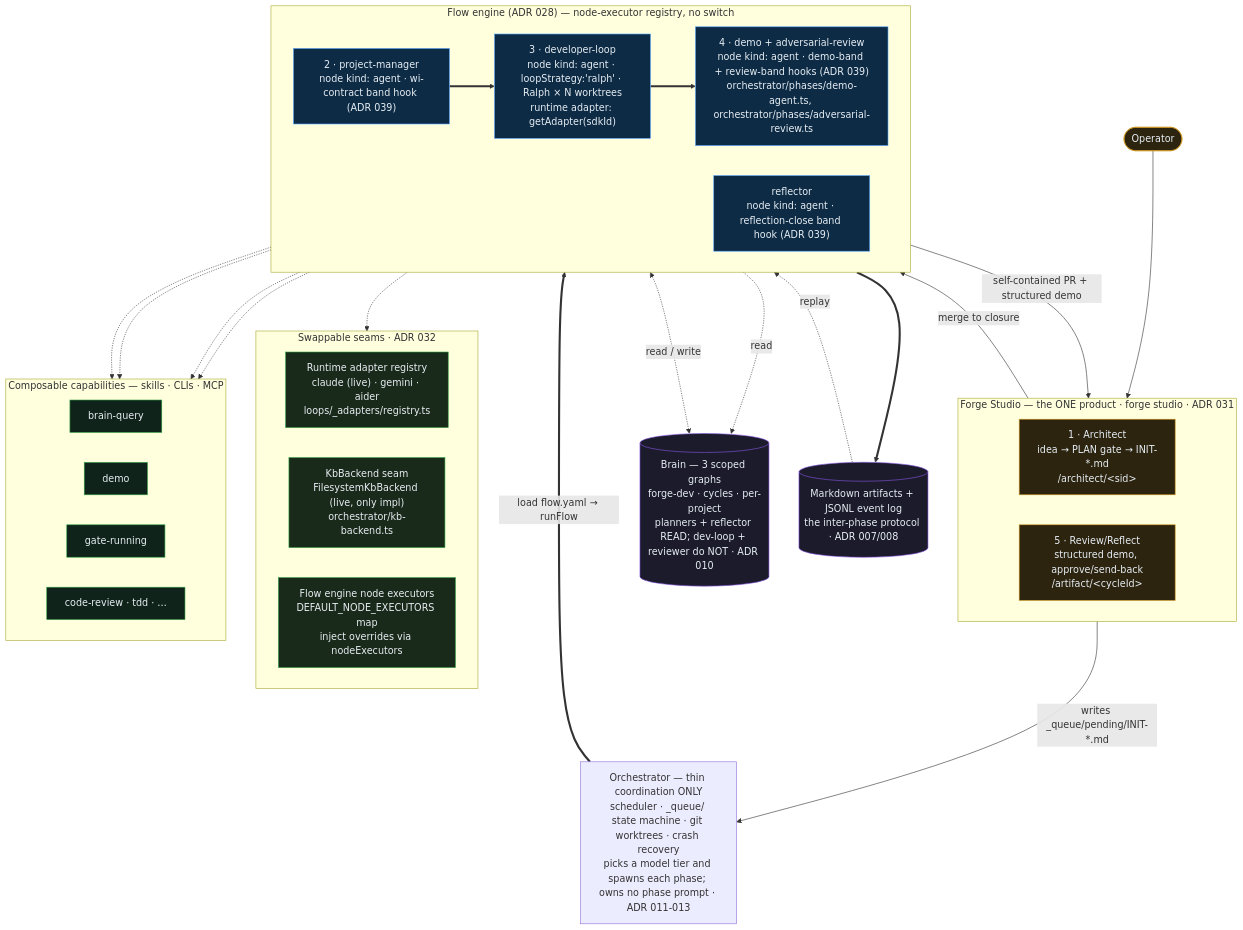
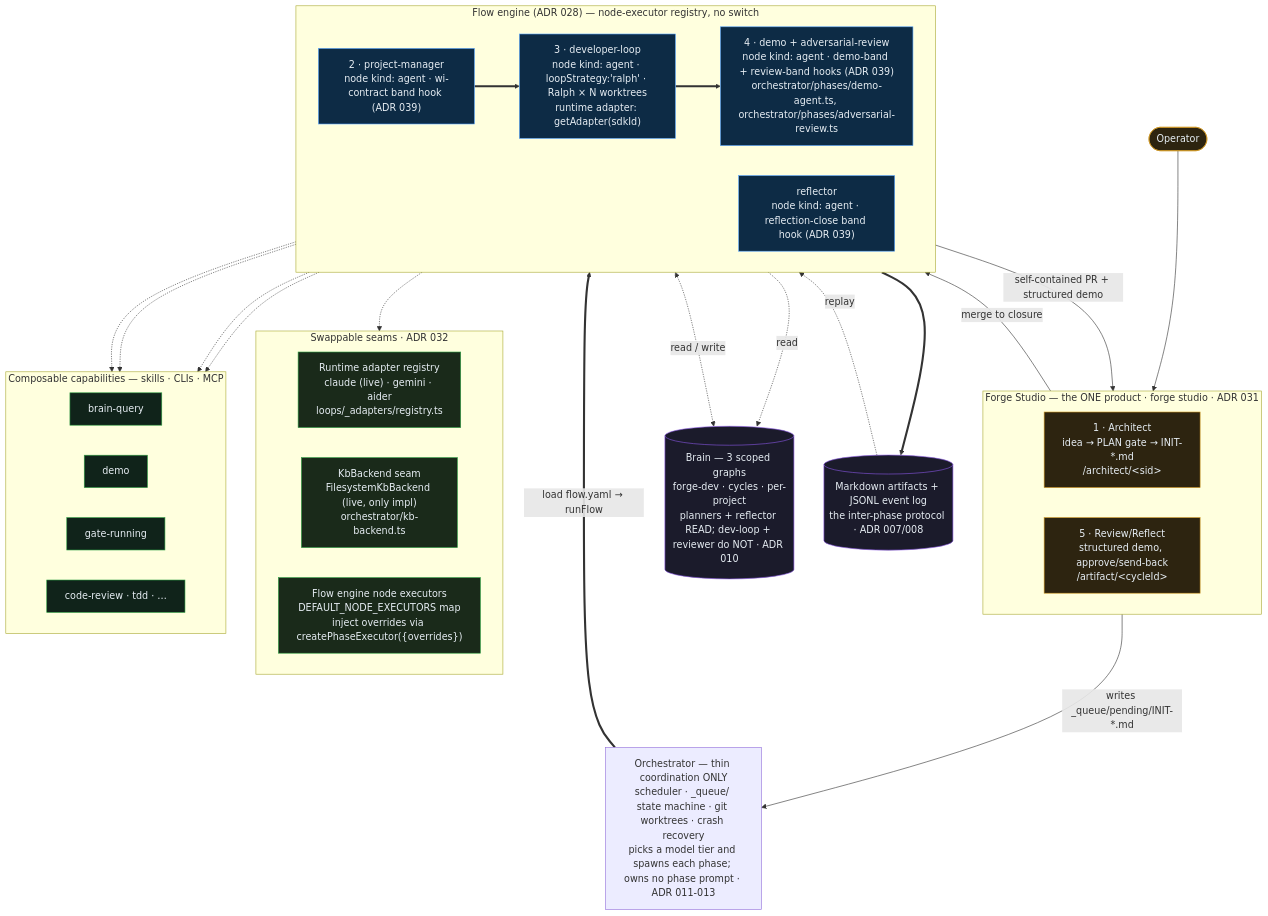
The diagram in ARCHITECTURE.md (parsoFish/forge-studio), drawn with Mermaid before and after one commit. The commit also changed 8 other files, not shown here.

````diff
--- a/ARCHITECTURE.md
+++ b/ARCHITECTURE.md
@@ -53,65 +53,65 @@
 ```mermaid
 flowchart TB
     OP(["Operator"])
 
     subgraph STUDIO["Forge Studio — the ONE product · forge studio · ADR 031"]
         direction LR
         AR["1 · Architect<br/>idea → PLAN gate → INIT-*.md<br/>/architect/&lt;sid&gt;"]
         RV["5 · Review/Reflect<br/>structured demo, approve/send-back<br/>/artifact/&lt;cycleId&gt;"]
     end
 
     ORCH["Orchestrator — thin coordination ONLY<br/>scheduler · _queue/ state machine · git worktrees · crash recovery<br/>picks a model tier and spawns each phase; owns no phase prompt · ADR 011-013"]
 
     subgraph ENGINE["Flow engine (ADR 028) — node-executor registry, no switch"]
         direction LR
         PM["2 · project-manager<br/>node kind: agent · wi-contract band hook (ADR 039)"]
         DV["3 · developer-loop<br/>node kind: agent · loopStrategy:'ralph' · Ralph × N worktrees<br/>runtime adapter: getAdapter(sdkId)"]
         UN["4 · demo + adversarial-review<br/>node kind: agent · demo-band + review-band hooks (ADR 039)<br/>orchestrator/phases/demo-agent.ts, orchestrator/phases/adversarial-review.ts"]
         RFL["reflector<br/>node kind: agent · reflection-close band hook (ADR 039)"]
     end
 
     subgraph SEAMS["Swappable seams · ADR 032"]
         direction LR
         RA["Runtime adapter registry<br/>claude (live) · gemini · aider<br/>loops/_adapters/registry.ts"]
         KB["KbBackend seam<br/>FilesystemKbBackend (live, only impl)<br/>orchestrator/kb-backend.ts"]
-        FE["Flow engine node executors<br/>DEFAULT_NODE_EXECUTORS map<br/>inject overrides via nodeExecutors"]
+        FE["Flow engine node executors<br/>DEFAULT_NODE_EXECUTORS map<br/>inject overrides via createPhaseExecutor({overrides})"]
     end
 
     subgraph CAP["Composable capabilities — skills · CLIs · MCP"]
         direction LR
         C1["brain-query"]
         C2["demo"]
         C3["gate-running"]
         C4["code-review · tdd · …"]
     end
 
     BRAIN[("Brain — 3 scoped graphs<br/>forge-dev · cycles · per-project<br/>planners + reflector READ; dev-loop + reviewer do NOT · ADR 010")]
     LOG[("Markdown artifacts + JSONL event log<br/>the inter-phase protocol · ADR 007/008")]
 
     OP --> STUDIO
     AR -->|"writes _queue/pending/INIT-*.md"| ORCH
     ORCH ==>|"load flow.yaml → runFlow"| PM
     PM ==> DV ==> UN
     UN -->|"self-contained PR + structured demo"| RV
     RV -->|"merge to closure"| RFL
     ENGINE -.-> SEAMS
     PM -.-> CAP
     DV -.-> CAP
     UN -.-> CAP
     RFL -.-> CAP
     PM -.->|read| BRAIN
     RFL <-.->|read / write| BRAIN
     ENGINE ==> LOG
     LOG -.->|replay| RFL
 
     classDef agent fill:#0d2b45,stroke:#58a6ff,color:#e6edf3;
     classDef seam fill:#1a2a1a,stroke:#2ea043,color:#e6edf3;
     classDef cap fill:#10231a,stroke:#2ea043,color:#e6edf3;
     classDef store fill:#1b1b2b,stroke:#8957e5,color:#e6edf3;
     classDef human fill:#2d2410,stroke:#d29922,color:#e6edf3;
     class PM,DV,UN,RFL agent;
     class RA,KB,FE seam;
     class C1,C2,C3,C4 cap;
     class BRAIN,LOG store;
     class OP,AR,RV human;
 ```
````
